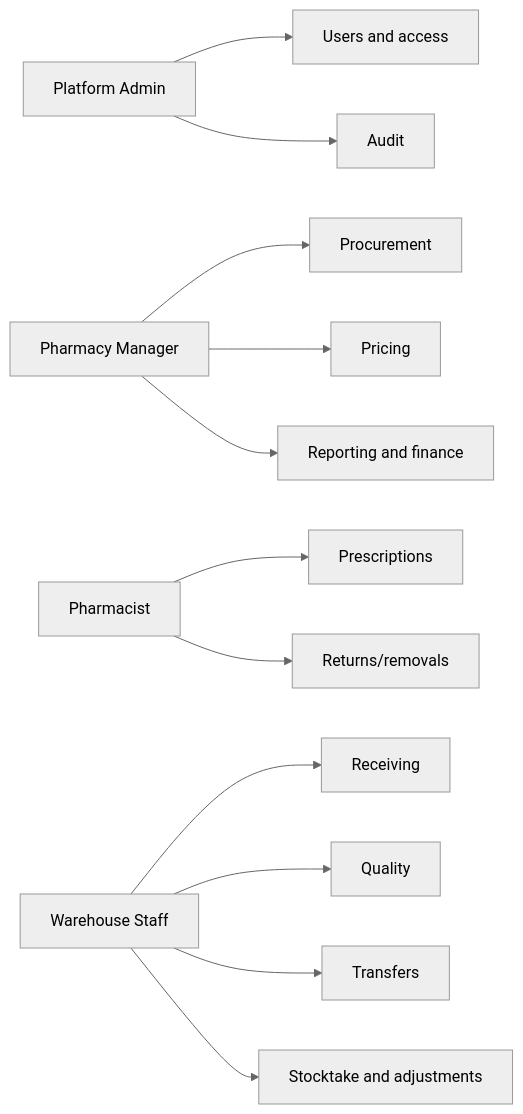
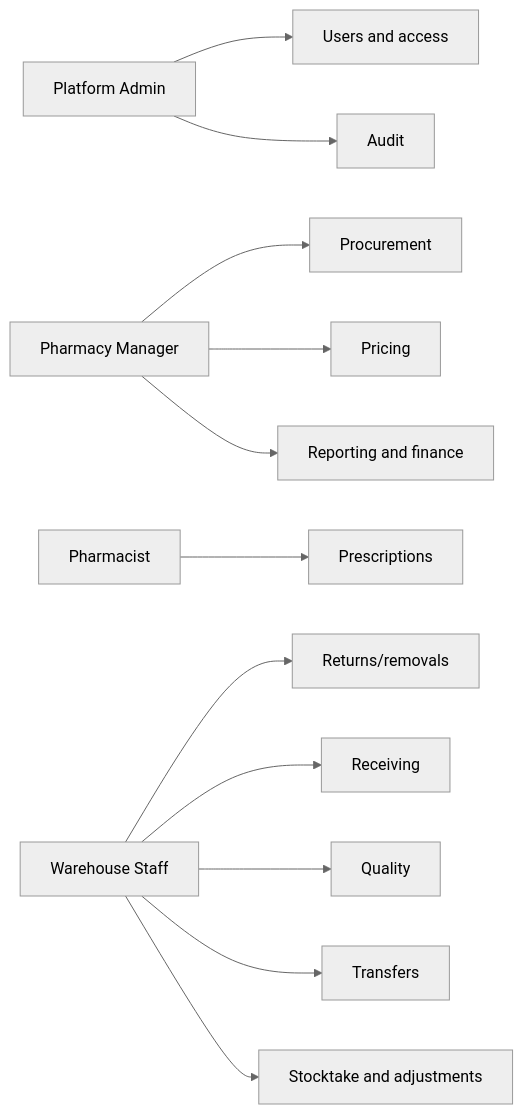
The first of 2 diagrams in docs/UserGuide.md (nielpattin/PharmacyCentral), drawn with Mermaid (neutral theme) before and after one commit. The commit also changed other lines of this file and 25 other files, not shown here.

````diff
--- a/docs/UserGuide.md
+++ b/docs/UserGuide.md
@@ -37,14 +37,14 @@
 ```mermaid
 flowchart LR
     Admin[Platform Admin] --> Users[Users and access]
     Admin --> Audit[Audit]
     Manager[Pharmacy Manager] --> Procurement[Procurement]
     Manager --> Pricing[Pricing]
     Manager --> Reporting[Reporting and finance]
     Pharmacist[Pharmacist] --> Prescriptions[Prescriptions]
-    Pharmacist --> Returns[Returns/removals]
+    Warehouse --> Returns[Returns/removals]
     Warehouse[Warehouse Staff] --> Receiving[Receiving]
     Warehouse --> Quality[Quality]
     Warehouse --> Transfers[Transfers]
     Warehouse --> Stocktake[Stocktake and adjustments]
 ```
````
